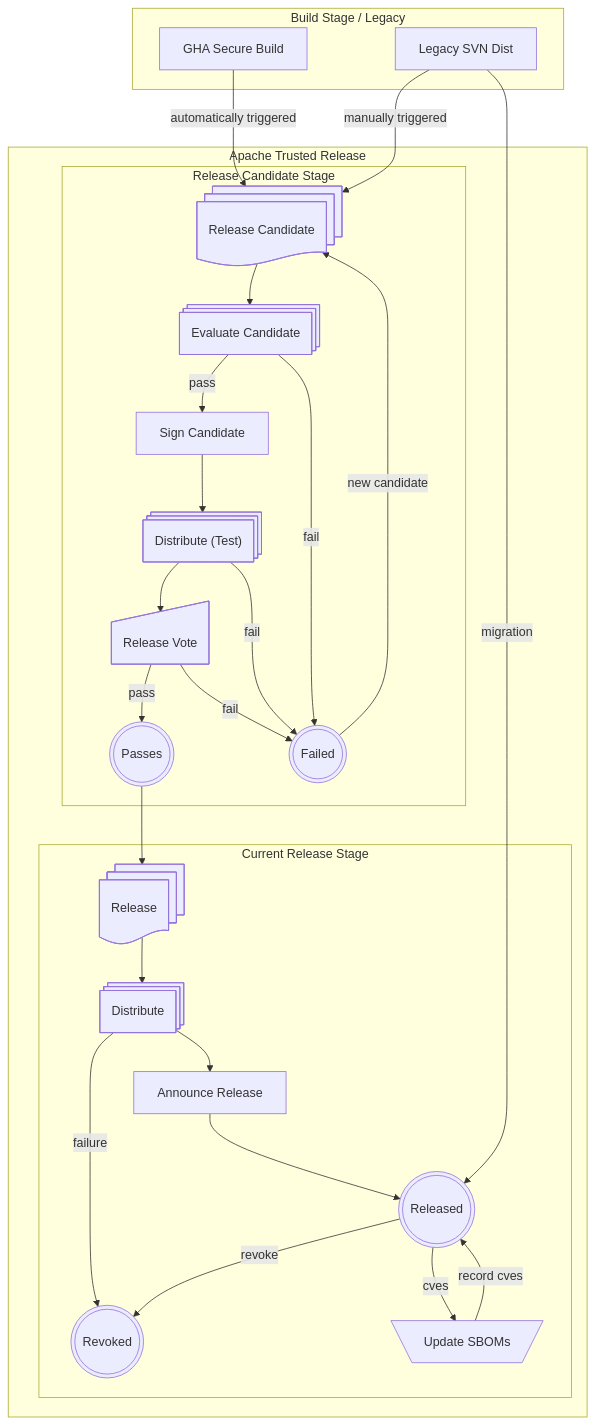
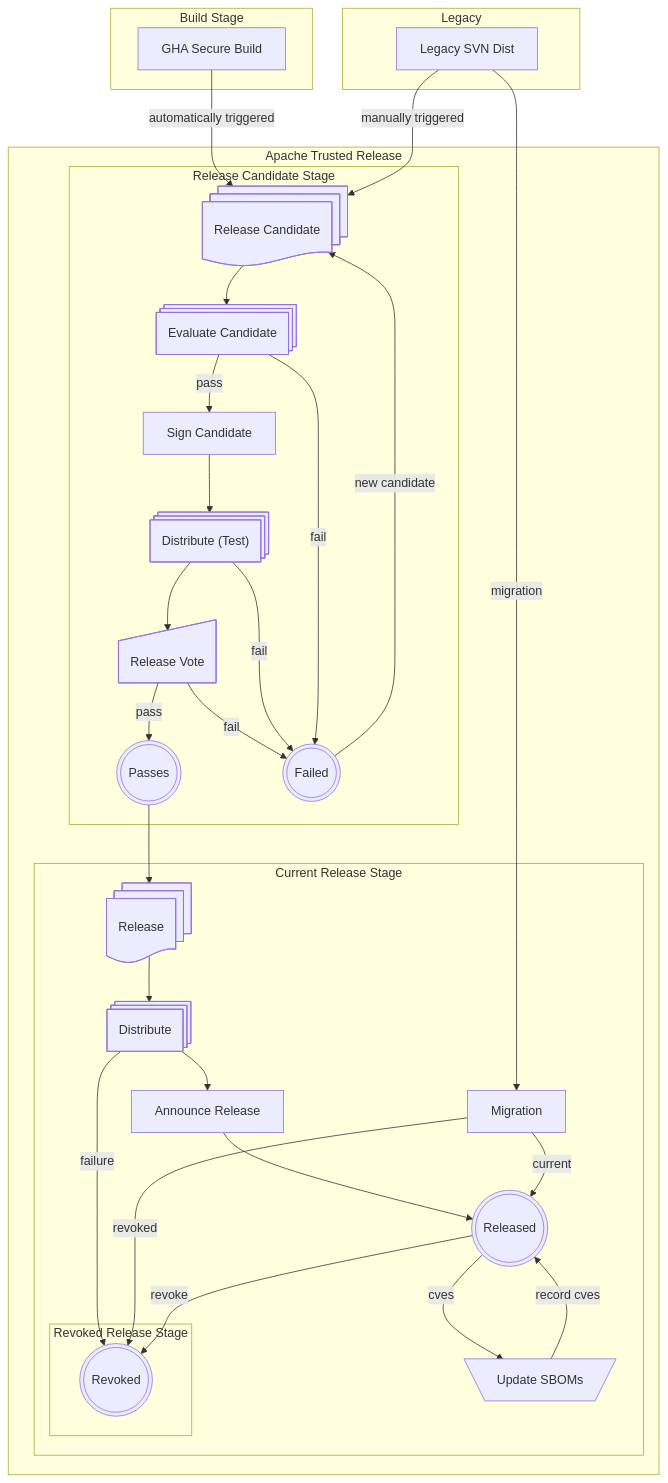
One commit to apache/tooling-docs changed the diagram in apache-trusted-release/lifecycle.md. Above: the diagram before and after it, drawn with Mermaid. The commit also changed other lines of this file, not shown here.

````diff
--- a/apache-trusted-release/lifecycle.md
+++ b/apache-trusted-release/lifecycle.md
@@ -11,46 +11,53 @@
 ```mermaid
 flowchart TD
-    subgraph Build Stage / Legacy
+    subgraph Build Stage
     A[GHA Secure Build]
+    end
+    subgraph Legacy
     B[Legacy SVN Dist]
     end
     subgraph Apache Trusted Release
     C@{ shape: docs, label: "Release Candidate" }
     A -->|automatically triggered| C
     B -->|manually triggered| C
     subgraph Release Candidate Stage
     D@{ shape: processes, label: "Evaluate Candidate" }
     C --> D
     DD@{ shape: process, label: "Sign Candidate" }
     D -->|pass| DD
     GG@{ shape: processes, label: "Distribute (Test)" }
     E@{ shape: sl-rect, label: "Release Vote" }
     JJJ@{ shape: dbl-circ, label: "Passes" }
     F@{ shape: dbl-circ, label: "Failed" }
     E -->|pass| JJJ
     E -->|fail| F
     GG -->|fail| F
     D -->|fail| F
     F -->|new candidate| C
     DD --> GG
     GG --> E
     end
     subgraph Current Release Stage
     JJ@{ shape: docs, label: "Release" }
     JJJ --> JJ
     G@{ shape: processes, label: "Distribute" }
     G --> I
     I[Announce Release]
+    II[Migration]
+    L@{ shape: trap-t, label: "Update SBOMs" }
     J@{ shape: dbl-circ, label: "Released" }
+    J -->|cves| L
+    L -->|record cves| J
     JJ --> G
     I --> J
+    B -->|migration| II
+    II -->|current| J
+    subgraph Revoked Release Stage
     K@{ shape: dbl-circ, label: "Revoked" }
-    L@{ shape: trap-t, label: "Update SBOMs" }
+    end
     G -->|failure| K
+    II -->|revoked| K
     J -->|revoke| K
-    J -->|cves| L
-    L -->|record cves| J
     end
-    B -->|migration| J
     end
 ```
````
